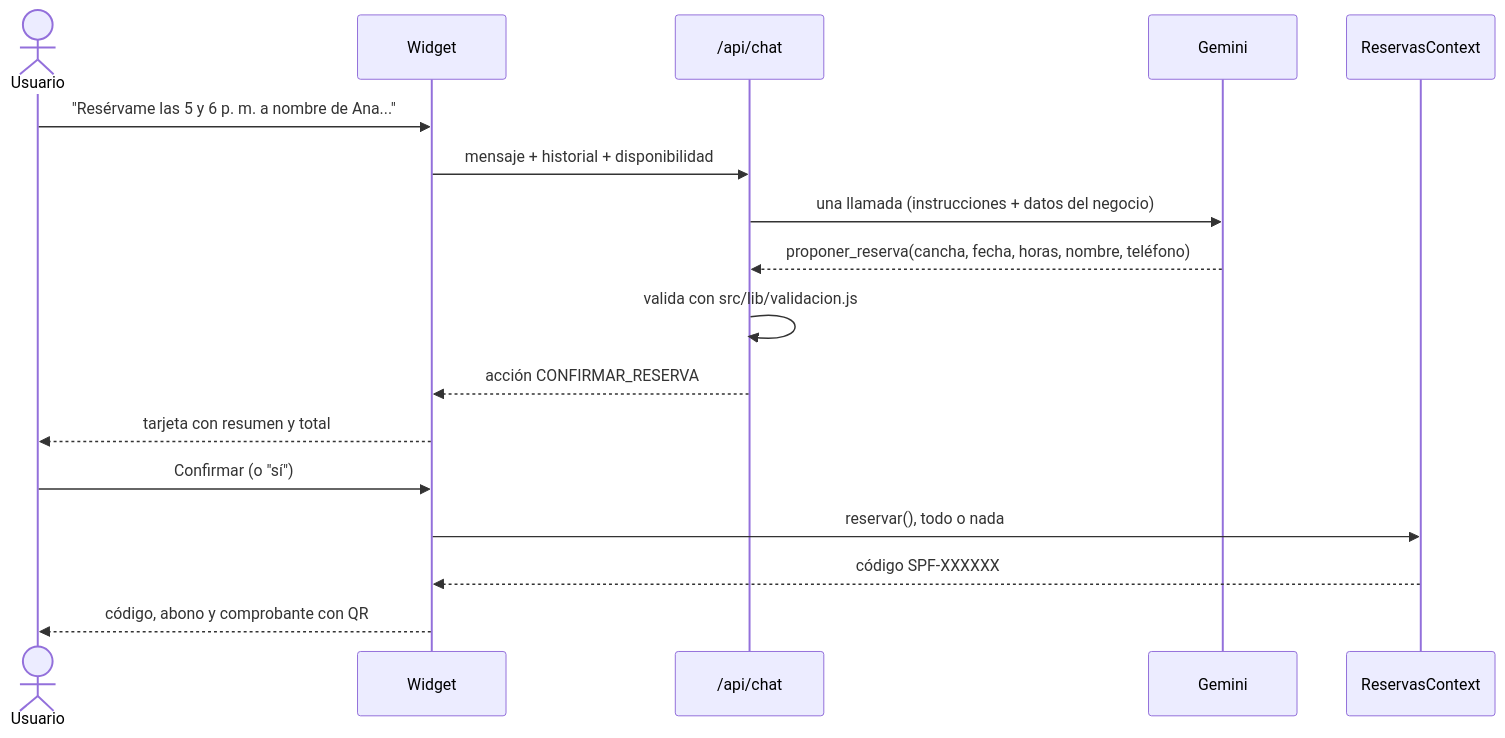
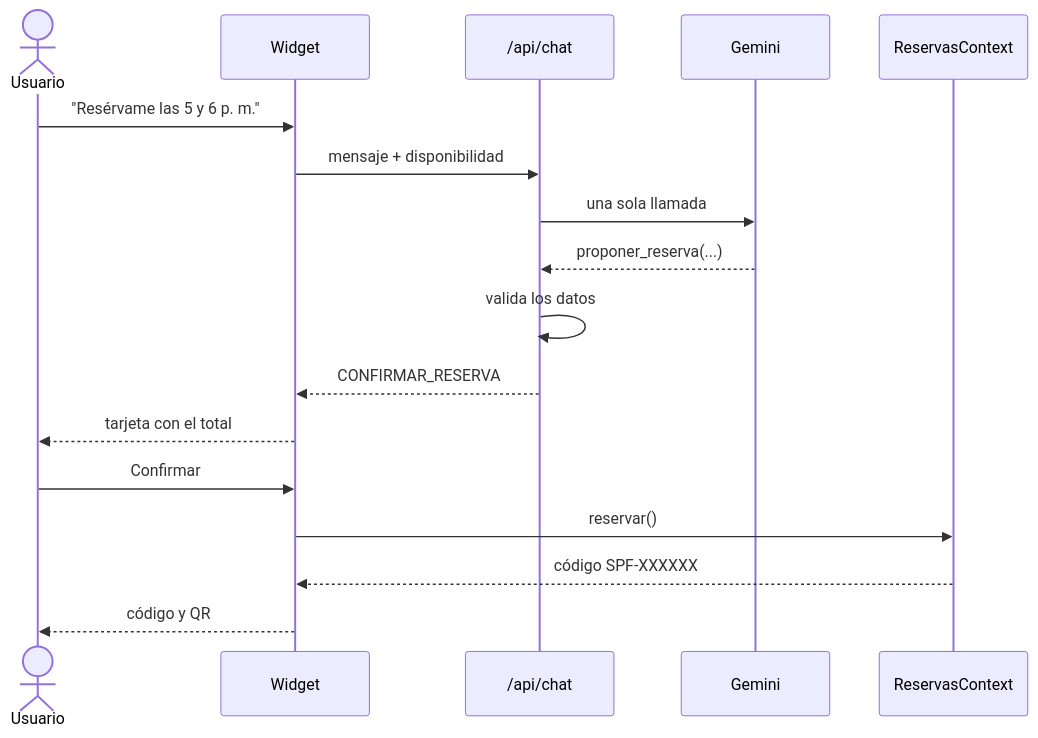
One commit to JuanFierro15/ProyectoSportify changed the second of 2 diagrams in README.md. Above: the diagram before and after it, drawn with Mermaid. The commit also changed other lines of this file, not shown here.

Commit message:
docs: diagramas del README más legibles

````diff
--- a/README.md
+++ b/README.md
@@ -237,19 +237,19 @@
 ```mermaid
 sequenceDiagram
   actor U as Usuario
   participant W as Widget
   participant A as /api/chat
   participant G as Gemini
   participant R as ReservasContext
-  U->>W: "Resérvame las 5 y 6 p. m. a nombre de Ana..."
-  W->>A: mensaje + historial + disponibilidad
-  A->>G: una llamada (instrucciones + datos del negocio)
-  G-->>A: proponer_reserva(cancha, fecha, horas, nombre, teléfono)
-  A->>A: valida con src/lib/validacion.js
-  A-->>W: acción CONFIRMAR_RESERVA
-  W-->>U: tarjeta con resumen y total
-  U->>W: Confirmar (o "sí")
-  W->>R: reservar(), todo o nada
+  U->>W: "Resérvame las 5 y 6 p. m."
+  W->>A: mensaje + disponibilidad
+  A->>G: una sola llamada
+  G-->>A: proponer_reserva(...)
+  A->>A: valida los datos
+  A-->>W: CONFIRMAR_RESERVA
+  W-->>U: tarjeta con el total
+  U->>W: Confirmar
+  W->>R: reservar()
   R-->>W: código SPF-XXXXXX
-  W-->>U: código, abono y comprobante con QR
+  W-->>U: código y QR
 ```
````
